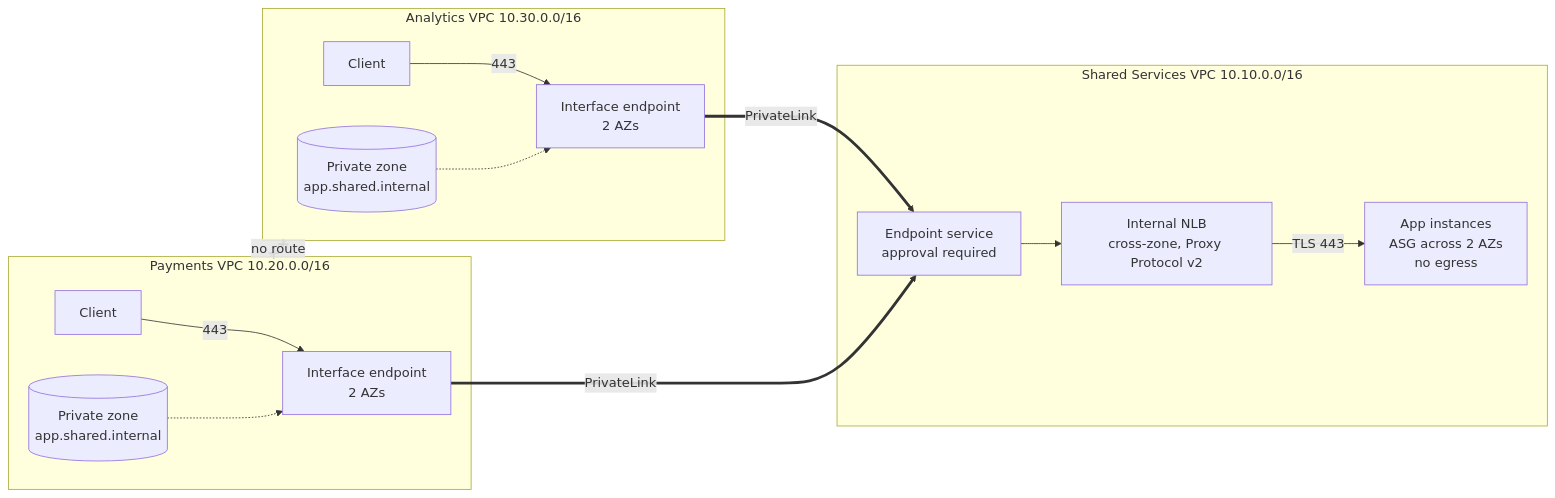
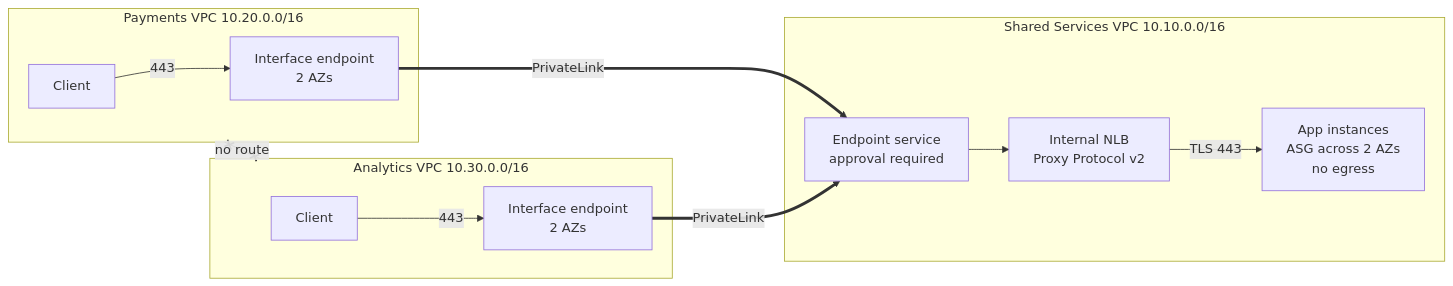
Before and after one commit to MoYusuf1/aws-privatelink-multi-vpc-terraform: the diagram in README.md, drawn with Mermaid. The commit also changed other lines of this file and 14 other files, not shown here.

````diff
--- a/README.md
+++ b/README.md
@@ -19,21 +11,19 @@
 ```mermaid
 flowchart LR
   subgraph PAY["Payments VPC 10.20.0.0/16"]
     PC[Client] -->|443| PE[Interface endpoint<br/>2 AZs]
-    PZ[(Private zone<br/>app.shared.internal)] -.-> PE
   end
 
   subgraph ANA["Analytics VPC 10.30.0.0/16"]
     AC[Client] -->|443| AE[Interface endpoint<br/>2 AZs]
-    AZ[(Private zone<br/>app.shared.internal)] -.-> AE
   end
 
   subgraph SS["Shared Services VPC 10.10.0.0/16"]
-    ES[Endpoint service<br/>approval required] --> NLB[Internal NLB<br/>cross-zone, Proxy Protocol v2]
+    ES[Endpoint service<br/>approval required] --> NLB[Internal NLB<br/>Proxy Protocol v2]
     NLB -->|TLS 443| ASG[App instances<br/>ASG across 2 AZs<br/>no egress]
   end
 
   PE ==>|PrivateLink| ES
   AE ==>|PrivateLink| ES
   PAY x--x|no route| ANA
 ```
````
